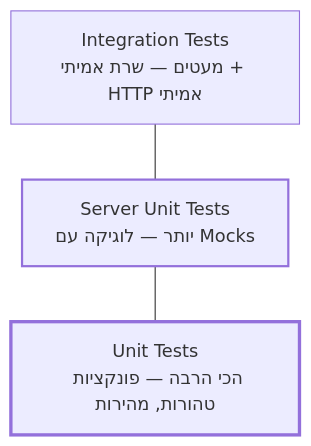
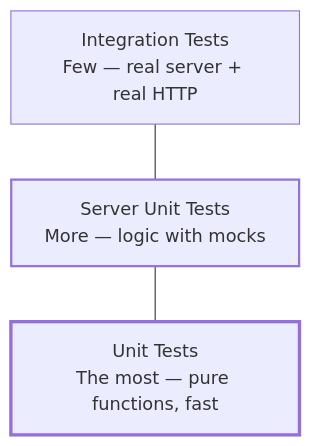
The diagram in content/docs/testing/111-testing-capstone-project-content.md (neriyaMalachi/FullStack_kodkode_5), drawn with Mermaid before and after one commit. The commit also changed other lines of this file and 117 other files, not shown here.

````diff
--- a/content/docs/testing/111-testing-capstone-project-content.md
+++ b/content/docs/testing/111-testing-capstone-project-content.md
@@ -57,10 +57,10 @@
 ```mermaid
 flowchart TB
-    A["Integration Tests<br/>מעטים — שרת אמיתי + HTTP אמיתי"]
-    B["Server Unit Tests<br/>יותר — לוגיקה עם Mocks"]
-    C["Unit Tests<br/>הכי הרבה — פונקציות טהורות, מהירות"]
+    A["Integration Tests<br/>Few — real server + real HTTP"]
+    B["Server Unit Tests<br/>More — logic with mocks"]
+    C["Unit Tests<br/>The most — pure functions, fast"]
     A --- B --- C
     style A stroke-width:1px
     style B stroke-width:2px
     style C stroke-width:3px
 ```
````
